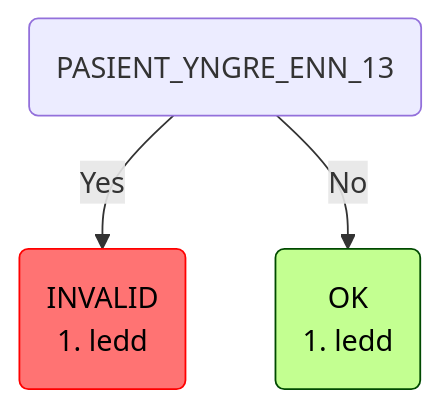
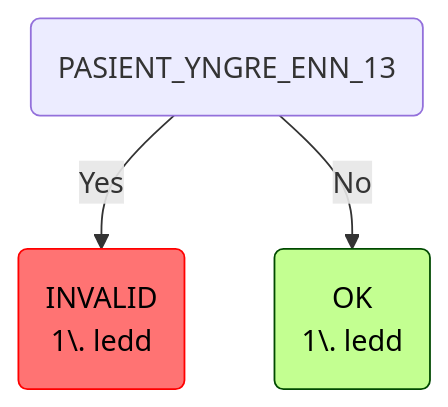
The seventh of 9 diagrams in README.md (navikt/syfosmregler), drawn with Mermaid before and after one commit. The commit also changed other lines of this file and 1 other file, not shown here.

````diff
--- a/README.md
+++ b/README.md
@@ -232,8 +250,10 @@
 ```mermaid
 graph TD
-    root(PASIENT_YNGRE_ENN_13) -->|Yes| root_PASIENT_YNGRE_ENN_13_INVALID(INVALID\n1. ledd):::invalid
-    root(PASIENT_YNGRE_ENN_13) -->|No| root_PASIENT_YNGRE_ENN_13_OK(OK\n1. ledd):::ok
+    root(PASIENT_YNGRE_ENN_13) -->|Yes| root_PASIENT_YNGRE_ENN_13_INVALID(INVALID
+1\. ledd):::invalid
+    root(PASIENT_YNGRE_ENN_13) -->|No| root_PASIENT_YNGRE_ENN_13_OK(OK
+1\. ledd):::ok
     classDef ok fill:#c3ff91,stroke:#004a00,color: black;
     classDef invalid fill:#ff7373,stroke:#ff0000,color: black;
     classDef manuell fill:#ffe24f,stroke:#ffd500,color: #473c00;
 ```
````
